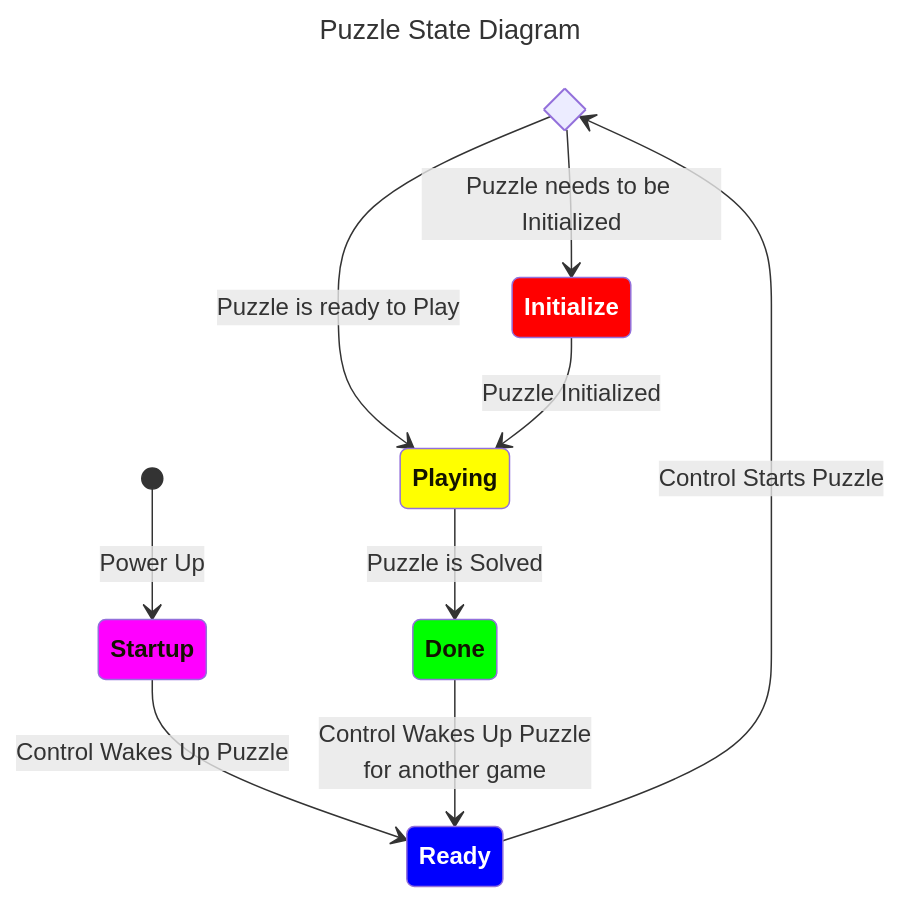
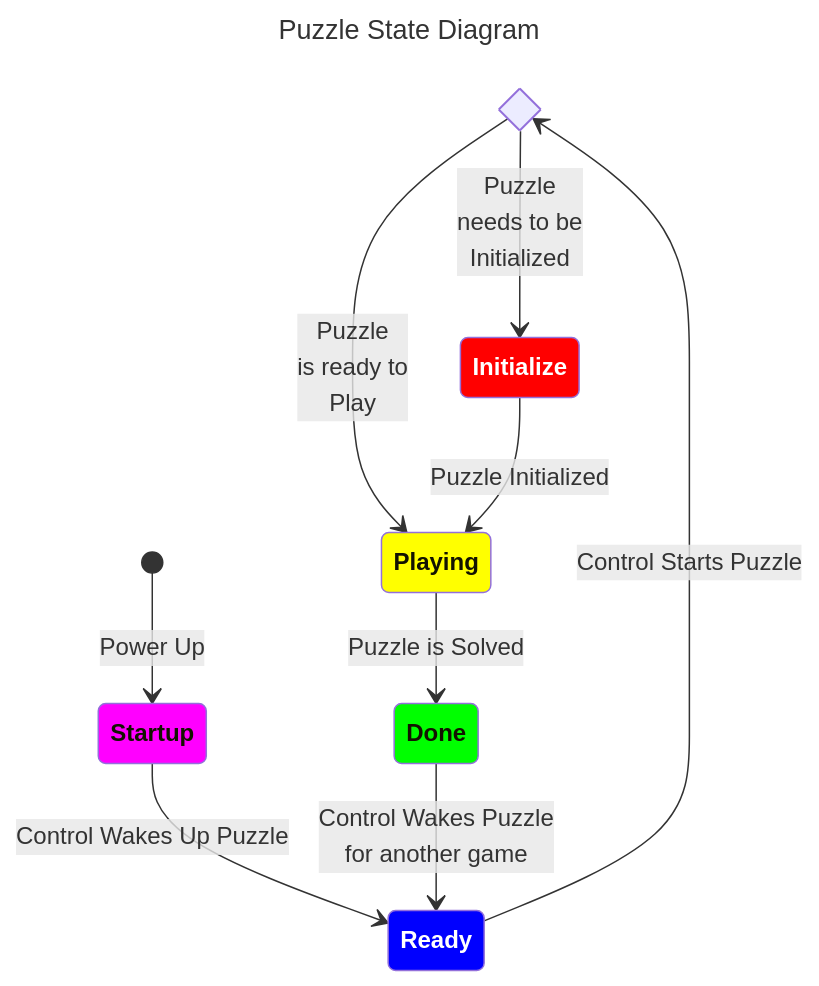
Before and after one commit to greggubben/PhoneHomeBusyBox: the second of 2 diagrams in PhoneHomeLib/README.md, drawn with Mermaid. The commit also changed other lines of this file, not shown here.

Commit message:
edited Readme to Library

````diff
--- a/PhoneHomeLib/README.md
+++ b/PhoneHomeLib/README.md
@@ -120,32 +120,32 @@
 ```mermaid
 ---
 title: Puzzle State Diagram
 ---
 stateDiagram-v2
   direction TB
 
   state needsInitialized <<choice>>
 
   [*] --> Startup: Power Up
   Startup --> Ready: Control Wakes Up Puzzle
   Ready --> needsInitialized: Control Starts Puzzle
-  needsInitialized --> Initialize: Puzzle needs to be Initialized
-  needsInitialized --> Playing: Puzzle is ready to Play
+  needsInitialized --> Initialize: Puzzle<BR>needs to be<BR>Initialized
+  needsInitialized --> Playing: Puzzle<BR>is ready to<BR>Play
   Initialize --> Playing: Puzzle Initialized
   Playing --> Done: Puzzle is Solved
-  Done --> Ready: Control Wakes Up Puzzle<br>for another game
+  Done --> Ready: Control Wakes Puzzle<br>for another game
 
   classDef purple fill:#f0f,font-weight:bold
   classDef blue fill:#00F,color:white,font-weight:bold
   classDef red fill:#F00,color:white,font-weight:bold
   classDef yellow fill:#FF0,font-weight:bold
   classDef green fill:#0F0,font-weight:bold
   classDef cyan fill:#0FF,font-weight:bold
 
   class Startup purple
   class Ready blue
   class Initialize red
   class Playing yellow
   class Done green
 
 ```
````
